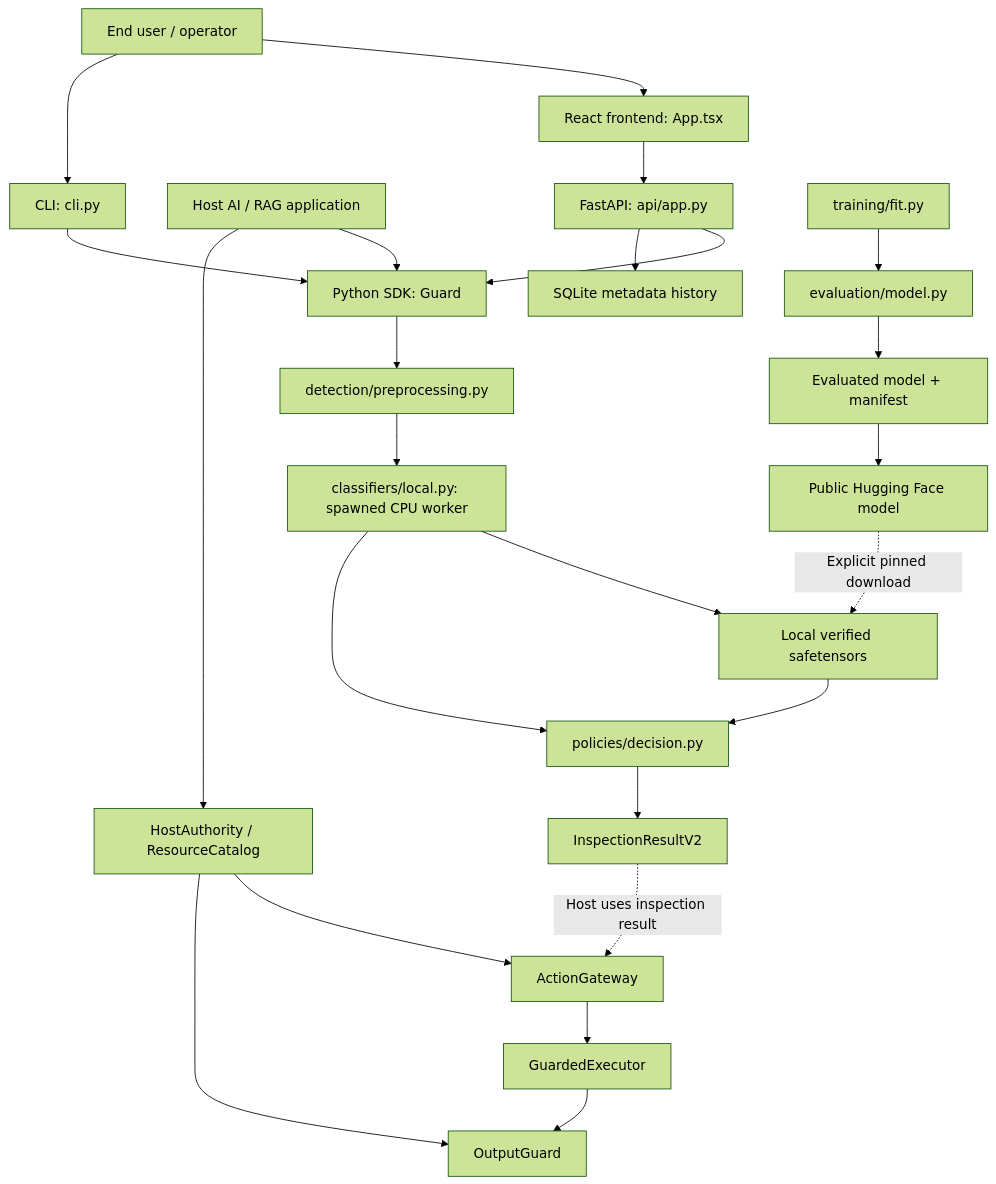
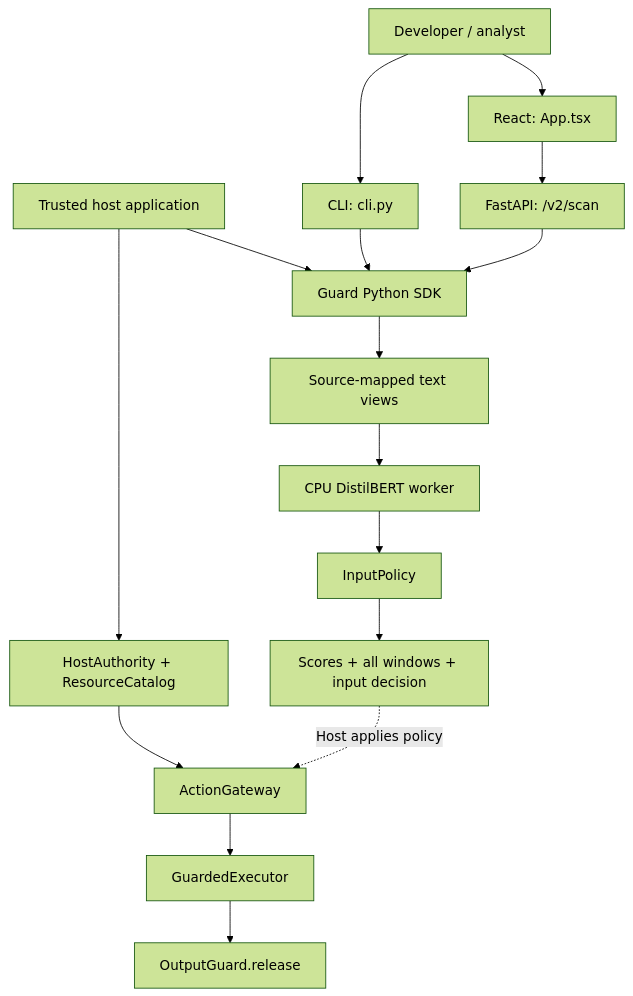
Before and after one commit to namelessweakl1ng/kjnlae: the second of 10 diagrams in CODEBASE.md, drawn with Mermaid (forest theme). The commit also changed other lines of this file, not shown here.

Commit message:
docs: preserve detailed codebase deep dive, rebase architecture on 0.3 SDK and UI

````diff
--- a/CODEBASE.md
+++ b/CODEBASE.md
@@ -2604,26 +1675,18 @@
 ```mermaid
 flowchart TD
-    User["End user / operator"] --> UI["React frontend: App.tsx"]
-    User --> CLI["CLI: cli.py"]
-    Host["Host AI / RAG application"] --> SDK["Python SDK: Guard"]
-    UI --> HTTP["FastAPI: api/app.py"]
-    CLI --> SDK
-    HTTP --> SDK
-    SDK --> Prep["detection/preprocessing.py"]
-    Prep --> Classifier["classifiers/local.py: spawned CPU worker"]
-    Classifier --> Weights["Local verified safetensors"]
-    Weights --> Policy["policies/decision.py"]
-    Classifier --> Policy
-    Policy --> Result["InspectionResultV2"]
-    Host --> Authority["HostAuthority / ResourceCatalog"]
-    Authority --> Actions["ActionGateway"]
-    Actions --> Executor["GuardedExecutor"]
-    Executor --> Release["OutputGuard"]
-    Result -. "Host uses inspection result" .-> Actions
-    Authority --> Release
-    HTTP --> History["SQLite metadata history"]
-    Train["training/fit.py"] --> Evaluate["evaluation/model.py"]
-    Evaluate --> Artifact["Evaluated model + manifest"]
-    Artifact --> Hub["Public Hugging Face model"]
-    Hub -. "Explicit pinned download" .-> Weights
+  User["Developer / analyst"] --> CLI["CLI: cli.py"]
+  User --> UI["React: App.tsx"]
+  Host["Trusted host application"] --> SDK["Guard Python SDK"]
+  CLI --> SDK
+  UI --> API["FastAPI: /v2/scan"]
+  API --> SDK
+  SDK --> Prep["Source-mapped text views"]
+  Prep --> Worker["CPU DistilBERT worker"]
+  Worker --> Policy["InputPolicy"]
+  Policy --> Result["Scores + all windows + input decision"]
+  Host --> Authority["HostAuthority + ResourceCatalog"]
+  Authority --> Auth["ActionGateway"]
+  Auth --> Execute["GuardedExecutor"]
+  Execute --> Output["OutputGuard.release"]
+  Result -. "Host applies policy" .-> Auth
 ```
````
